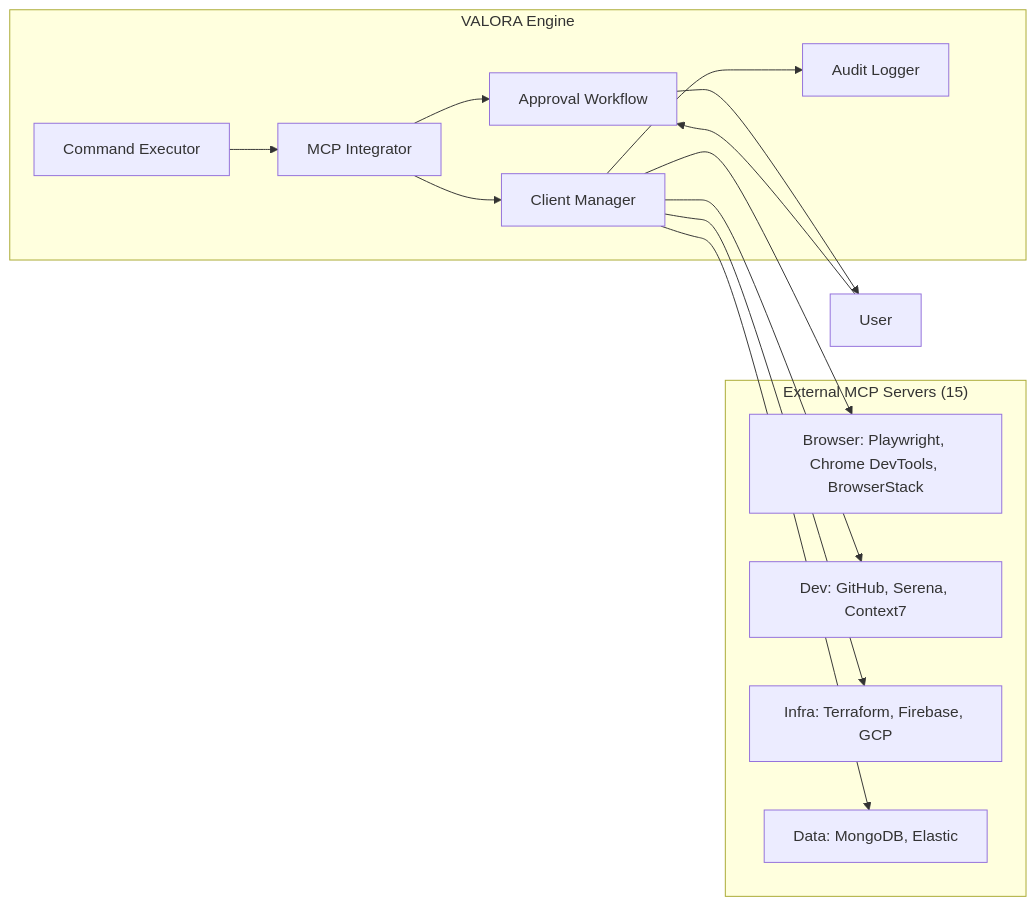
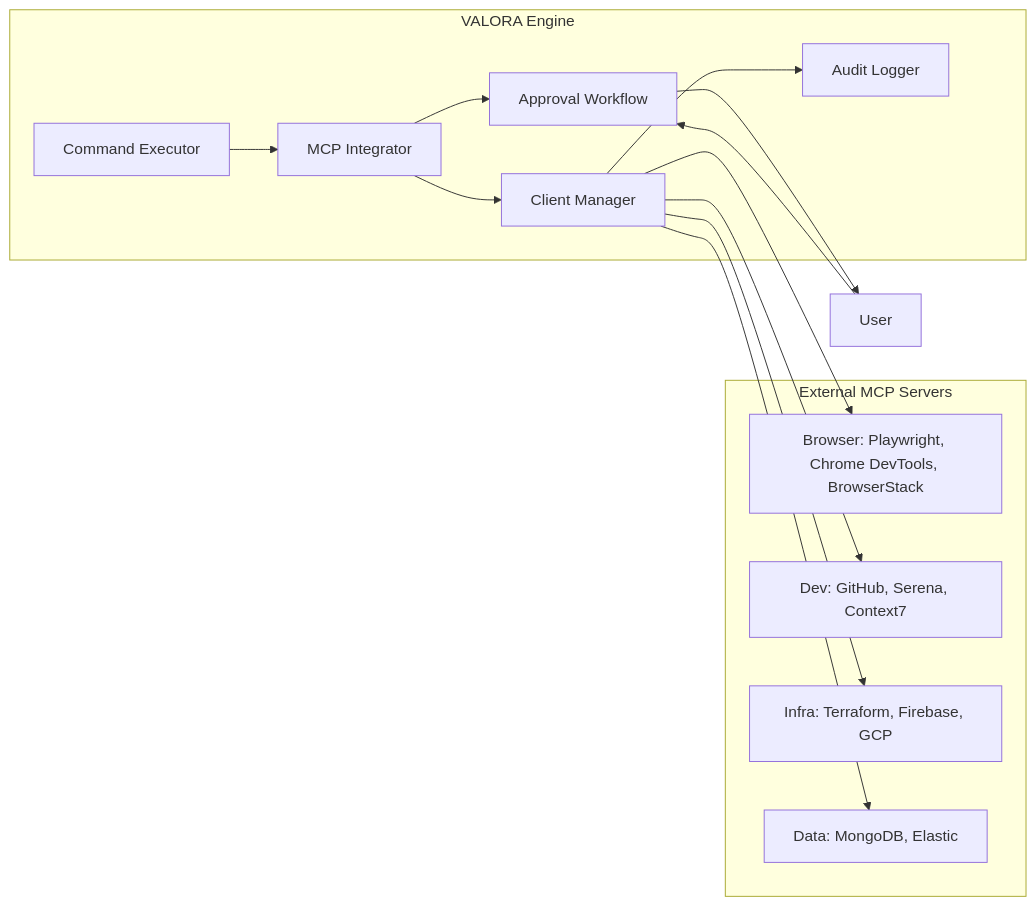
Before and after one commit to windagency/valora.ai: the third of 3 diagrams in documentation/architecture/README.md, drawn with Mermaid. The commit also changed other lines of this file and 46 other files, not shown here.

````diff
--- a/documentation/architecture/README.md
+++ b/documentation/architecture/README.md
@@ -141,30 +86,30 @@
 ```mermaid
 flowchart LR
     subgraph VALORA["VALORA Engine"]
         Command["Command Executor"]
         Integrator["MCP Integrator"]
         Approval["Approval Workflow"]
         ClientMgr["Client Manager"]
         AuditLog["Audit Logger"]
     end
 
-    subgraph External["External MCP Servers (15)"]
+    subgraph External["External MCP Servers"]
         Browser["Browser: Playwright, Chrome DevTools, BrowserStack"]
         Dev["Dev: GitHub, Serena, Context7"]
         Infra["Infra: Terraform, Firebase, GCP"]
         Data["Data: MongoDB, Elastic"]
     end
 
     User["User"]
 
     Command --> Integrator
     Integrator --> Approval
     Approval --> User
     User --> Approval
     Integrator --> ClientMgr
     ClientMgr --> Browser
     ClientMgr --> Dev
     ClientMgr --> Infra
     ClientMgr --> Data
     ClientMgr --> AuditLog
 ```
````
